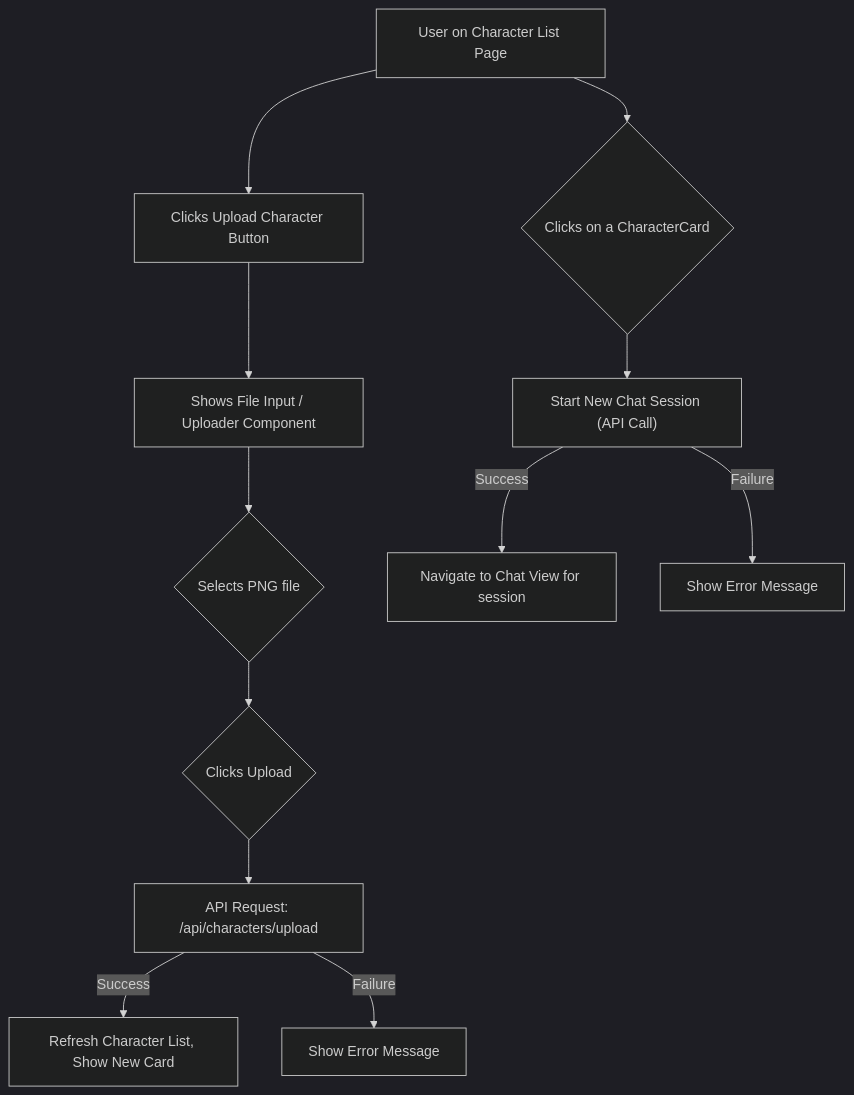
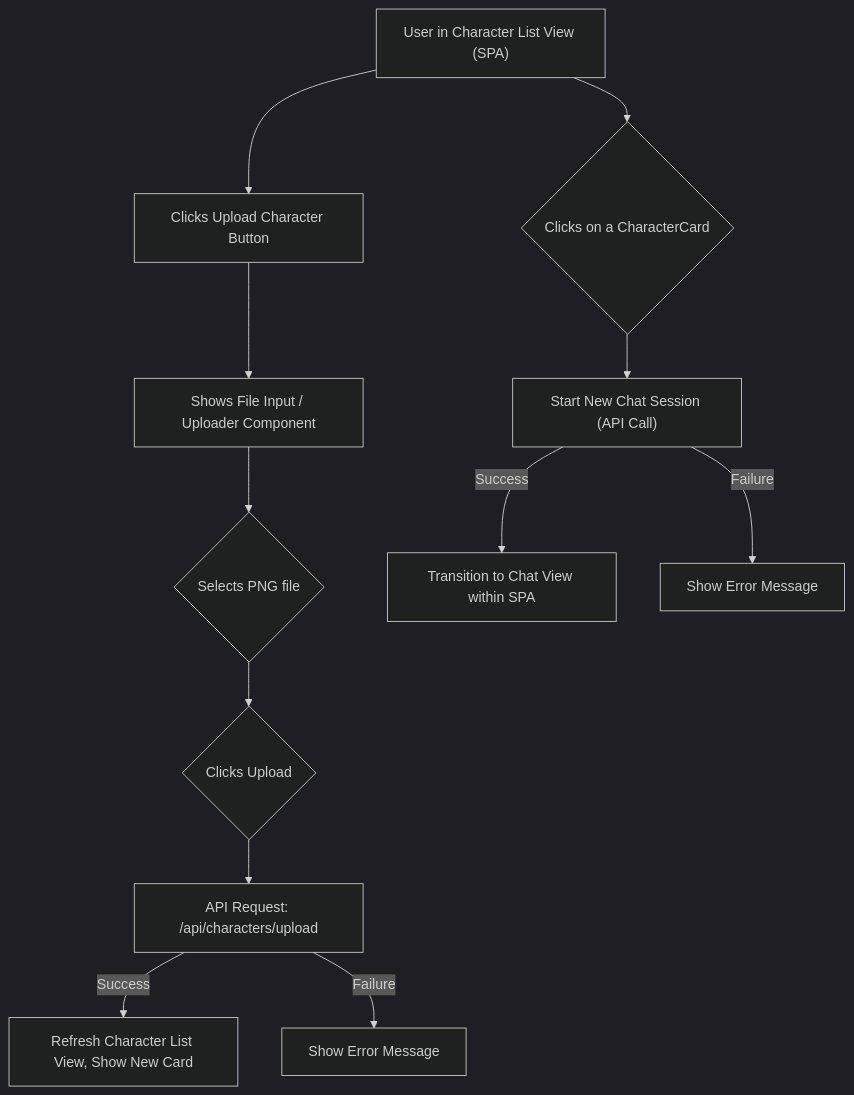
Before and after one commit to sanguinehost/scribe: the second of 4 diagrams in docs/UI_UX_SPECIFICATION.md, drawn with Mermaid (dark theme). The commit also changed other lines of this file and 1 other file, not shown here.

Commit message:
docs: update documentation to reflect intention to make the chat/character/settings screens part of a SPA

````diff
--- a/docs/UI_UX_SPECIFICATION.md
+++ b/docs/UI_UX_SPECIFICATION.md
@@ -241,14 +247,14 @@
 ```mermaid
 graph TD
-    A["User on Character List Page"] --> B["Clicks Upload Character Button"];
+    A["User in Character List View (SPA)"] --> B["Clicks Upload Character Button"];
     B --> C["Shows File Input / Uploader Component"];
     C --> D{"Selects PNG file"};
     D --> E{"Clicks Upload"};
     E --> F["API Request: /api/characters/upload"];
-    F -- Success --> G["Refresh Character List, Show New Card"];
+    F -- Success --> G["Refresh Character List View, Show New Card"];
     F -- Failure --> H["Show Error Message"];
     A --> I{"Clicks on a CharacterCard"};
     I --> J["Start New Chat Session (API Call)"];
-    J -- Success --> K["Navigate to Chat View for session"];
+    J -- Success --> K["Transition to Chat View within SPA"];
     J -- Failure --> L["Show Error Message"];
 ```
````
